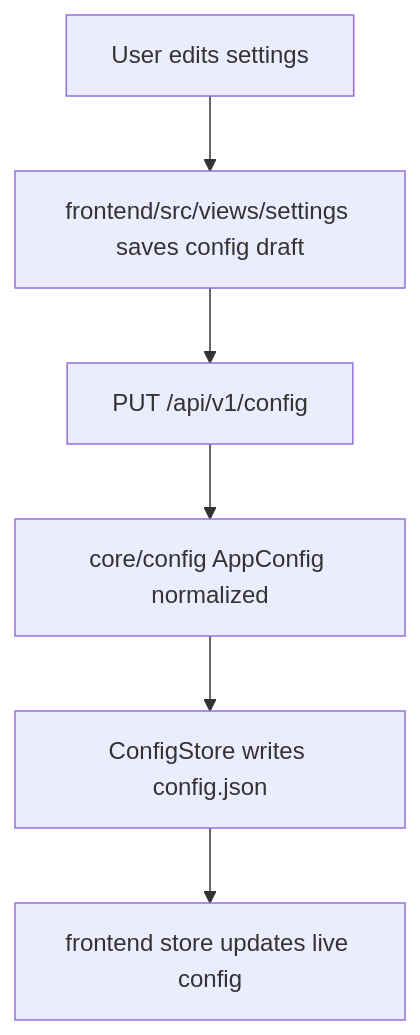
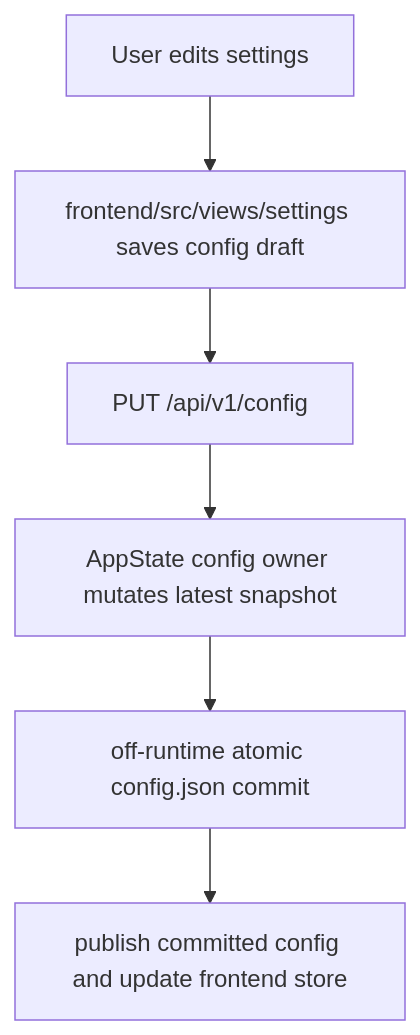
Before and after one commit to killedoxygen/axial: the sixth of 9 diagrams in docs/ARCHITECTURE.md, drawn with Mermaid. The commit also changed other lines of this file and 39 other files, not shown here.

````diff
--- a/docs/ARCHITECTURE.md
+++ b/docs/ARCHITECTURE.md
@@ -279,8 +279,8 @@
 ```mermaid
 flowchart TD
     A[User edits settings] --> B[frontend/src/views/settings saves config draft]
     B --> C[PUT /api/v1/config]
-    C --> D[core/config AppConfig normalized]
-    D --> E[ConfigStore writes config.json]
-    E --> F[frontend store updates live config]
+    C --> D[AppState config owner mutates latest snapshot]
+    D --> E[off-runtime atomic config.json commit]
+    E --> F[publish committed config and update frontend store]
 ```
````
